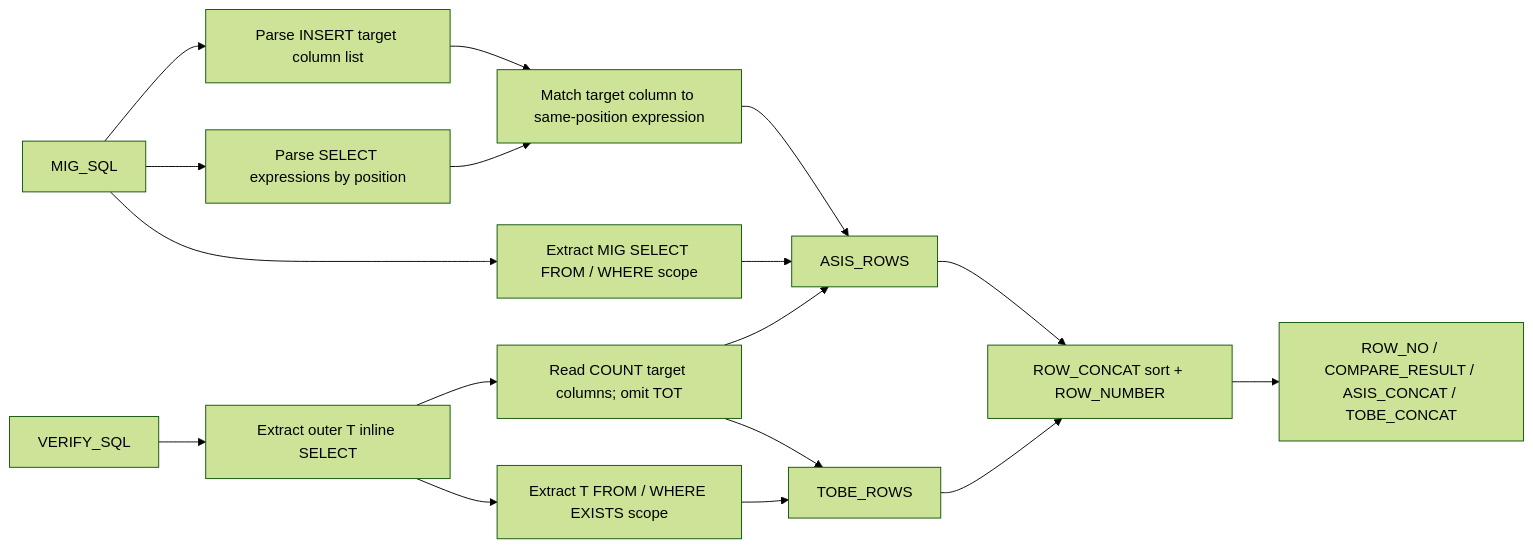
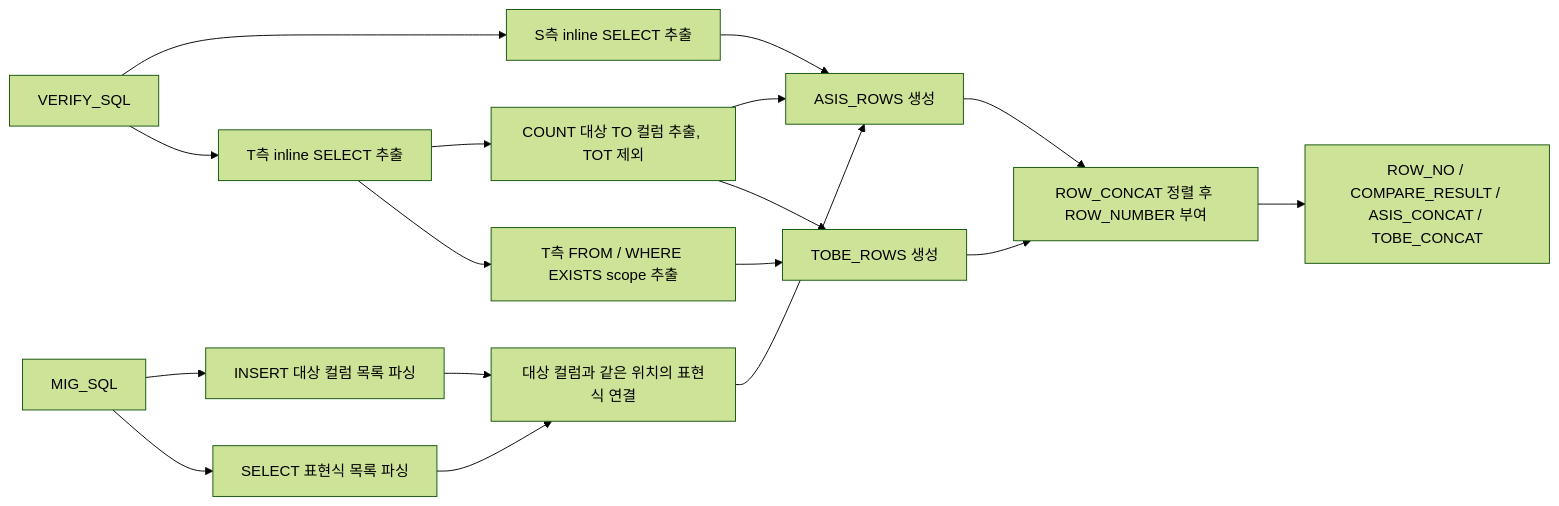
Before and after one commit to seongikjin227-jpg/refactoring_smartMigrate: the second of 2 diagrams in smartMigrate_2.0_Langflow/00_guide/00_executor2_full_row_verify_guide.md, drawn with Mermaid (forest theme). The commit also changed other lines of this file and 5 other files, not shown here.

````diff
--- a/smartMigrate_2.0_Langflow/00_guide/00_executor2_full_row_verify_guide.md
+++ b/smartMigrate_2.0_Langflow/00_guide/00_executor2_full_row_verify_guide.md
@@ -115,19 +112,19 @@
 ```mermaid
 flowchart LR
-    M[MIG_SQL] --> M1[Parse INSERT target column list]
-    M --> M2[Parse SELECT expressions by position]
-    M --> M3[Extract MIG SELECT FROM / WHERE scope]
-    V[VERIFY_SQL] --> V1[Extract outer T inline SELECT]
-    V1 --> V2[Read COUNT target columns; omit TOT]
-    V1 --> V3[Extract T FROM / WHERE EXISTS scope]
-    M1 --> X[Match target column to same-position expression]
+    M[MIG_SQL] --> M1[INSERT 대상 컬럼 목록 파싱]
+    M --> M2[SELECT 표현식 목록 파싱]
+    V[VERIFY_SQL] --> V0[S측 inline SELECT 추출]
+    V --> V1[T측 inline SELECT 추출]
+    V1 --> V2[COUNT 대상 TO 컬럼 추출, TOT 제외]
+    V1 --> V3[T측 FROM / WHERE EXISTS scope 추출]
+    M1 --> X[대상 컬럼과 같은 위치의 표현식 연결]
     M2 --> X
-    M3 --> A[ASIS_ROWS]
+    V0 --> A[ASIS_ROWS 생성]
     V2 --> A
-    V2 --> T[TOBE_ROWS]
+    V2 --> T[TOBE_ROWS 생성]
     V3 --> T
     X --> A
-    A --> O[ROW_CONCAT sort + ROW_NUMBER]
+    A --> O[ROW_CONCAT 정렬 후 ROW_NUMBER 부여]
     T --> O
     O --> R[ROW_NO / COMPARE_RESULT / ASIS_CONCAT / TOBE_CONCAT]
 ```
````
